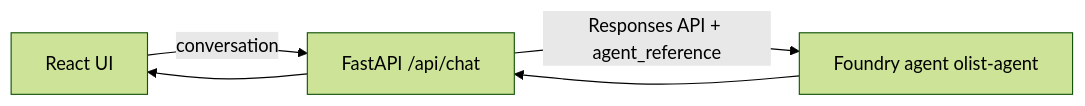
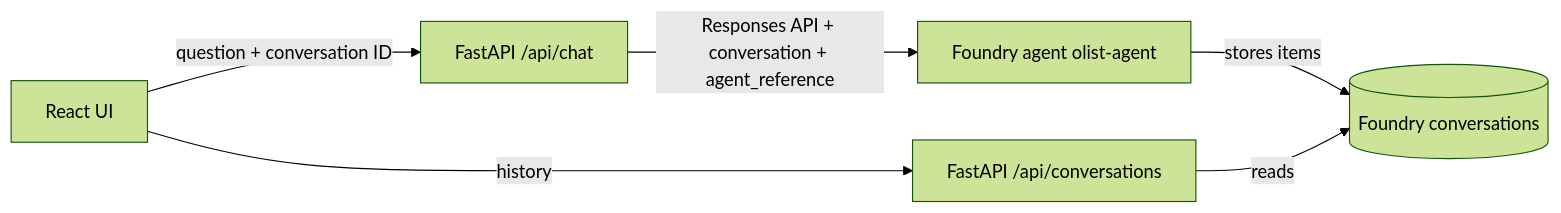
One commit to SalahAddin2019/olist_talk_to_my_data-fork changed the diagram in README.md. Above: the diagram before and after it, drawn with Mermaid (forest theme). The commit also changed other lines of this file and 16 other files, not shown here.

First line of the commit message:
Store chat history in Foundry conversations

````diff
--- a/README.md
+++ b/README.md
@@ -41,6 +41,7 @@
 ```mermaid
 flowchart LR
-    UI[React UI] -- conversation --> API[FastAPI /api/chat]
-    API -- Responses API + agent_reference --> Agent[Foundry agent olist-agent]
-    Agent --> API --> UI
+    UI[React UI] -- question + conversation ID --> API[FastAPI /api/chat]
+    API -- Responses API + conversation + agent_reference --> Agent[Foundry agent olist-agent]
+    Agent -- stores items --> Conv[(Foundry conversations)]
+    UI -- history --> API2[FastAPI /api/conversations] -- reads --> Conv
 ```
````
